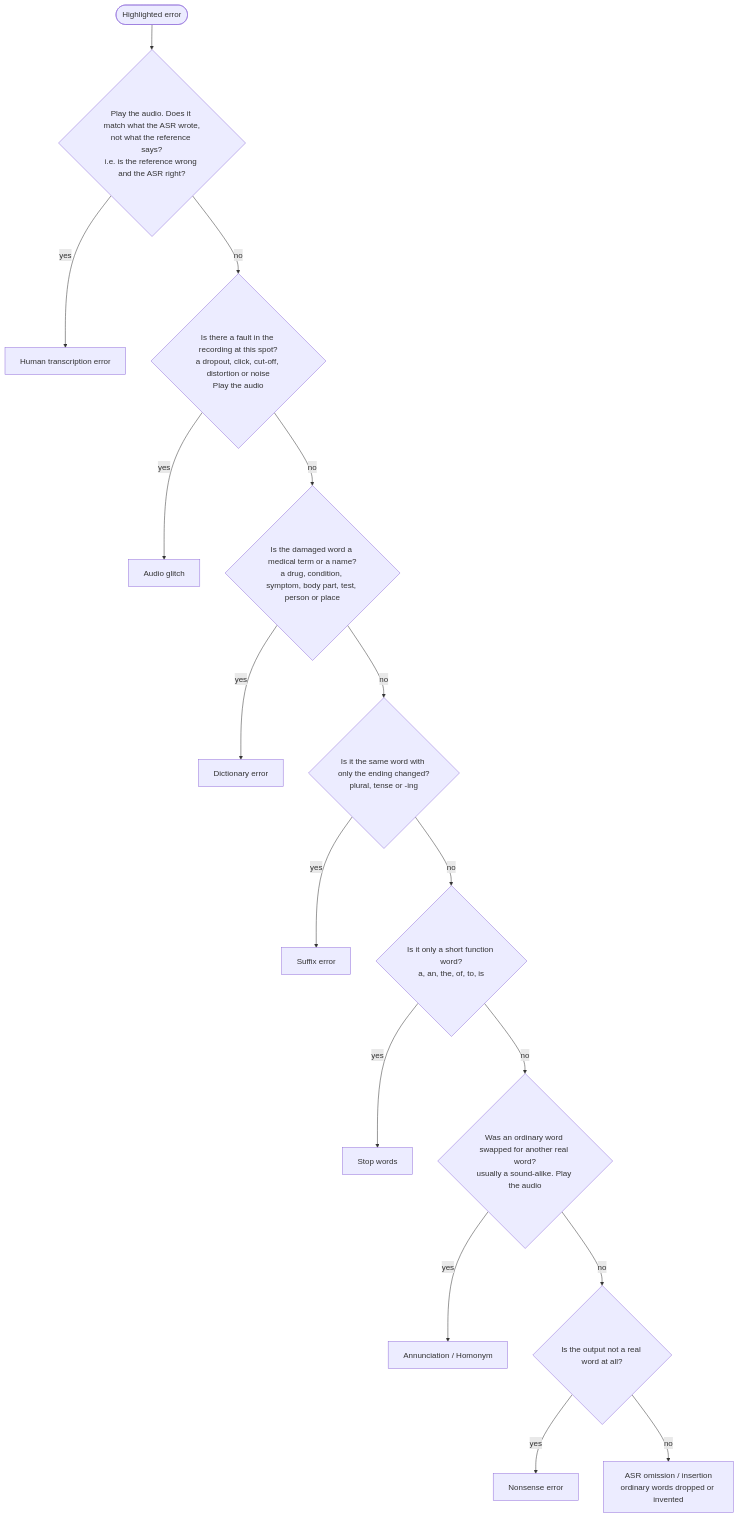
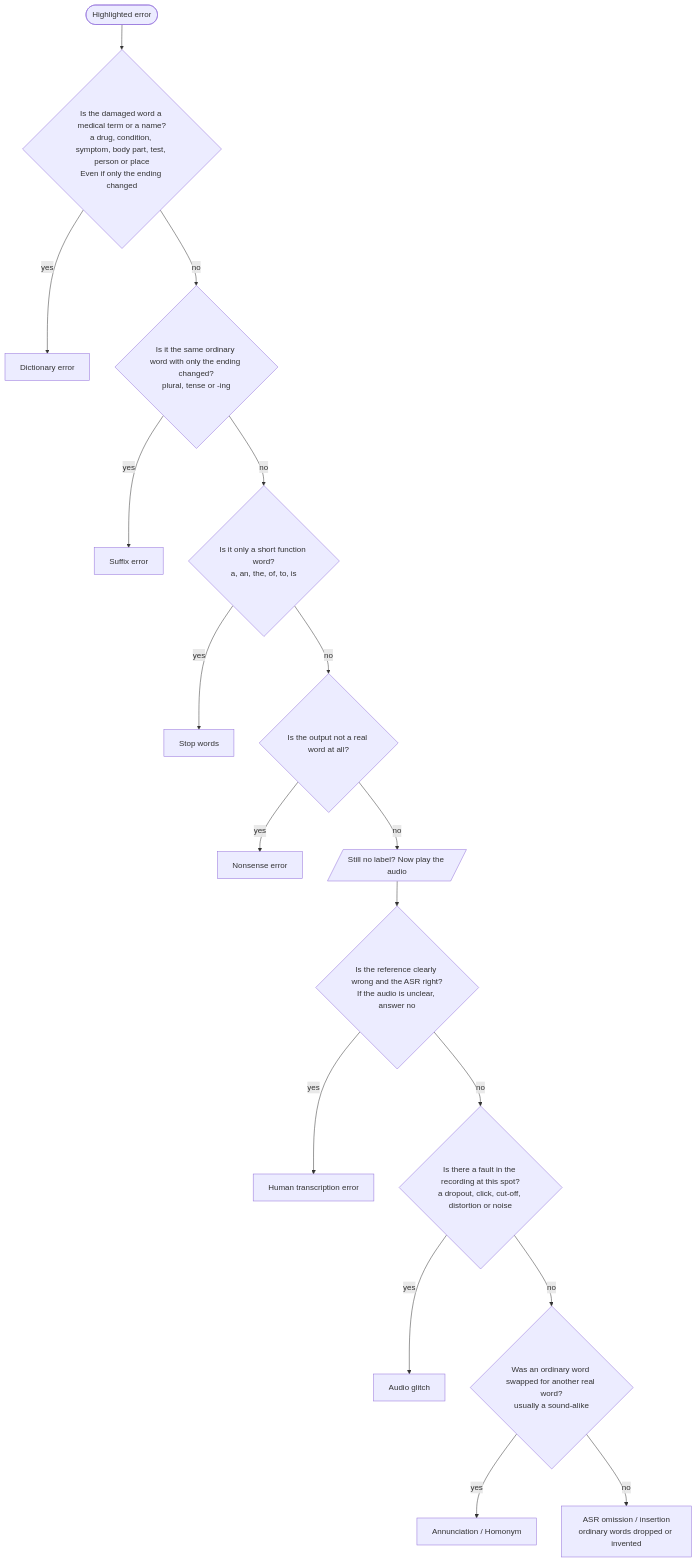
The diagram in annotation_tool/DRAFT_annotation_guide_v3.md (intron-innovation/medical-asr-safety-taxonomy), drawn with Mermaid before and after one commit. The commit also changed other lines of this file and 7 other files, not shown here.

Commit message:
Text-first label order; medical term beats audio labels; round 4 IAA

````diff
--- a/annotation_tool/DRAFT_annotation_guide_v3.md
+++ b/annotation_tool/DRAFT_annotation_guide_v3.md
@@ -17,18 +17,19 @@
 ```mermaid
 flowchart TD
-    S([Highlighted error]) --> Q1{Play the audio. Does it match what the ASR wrote,<br/>not what the reference says?<br/>i.e. is the reference wrong and the ASR right?}
-    Q1 -- yes --> H[Human transcription error]
-    Q1 -- no --> QA{Is there a fault in the recording at this spot?<br/>a dropout, click, cut-off, distortion or noise<br/>Play the audio}
-    QA -- yes --> AG[Audio glitch]
-    QA -- no --> Q2{Is the damaged word a medical term or a name?<br/>a drug, condition, symptom, body part, test, person or place}
-    Q2 -- yes --> D[Dictionary error]
-    Q2 -- no --> Q3{Is it the same word with only the ending changed?<br/>plural, tense or -ing}
-    Q3 -- yes --> SU[Suffix error]
-    Q3 -- no --> Q4{Is it only a short function word?<br/>a, an, the, of, to, is}
-    Q4 -- yes --> SW[Stop words]
-    Q4 -- no --> Q5{Was an ordinary word swapped for another real word?<br/>usually a sound-alike. Play the audio}
-    Q5 -- yes --> A[Annunciation / Homonym]
-    Q5 -- no --> Q6{Is the output not a real word at all?}
-    Q6 -- yes --> N[Nonsense error]
-    Q6 -- no --> O[ASR omission / insertion<br/>ordinary words dropped or invented]
+    S([Highlighted error]) --> Q1{Is the damaged word a medical term or a name?<br/>a drug, condition, symptom, body part, test, person or place<br/>Even if only the ending changed}
+    Q1 -- yes --> D[Dictionary error]
+    Q1 -- no --> Q2{Is it the same ordinary word with only the ending changed?<br/>plural, tense or -ing}
+    Q2 -- yes --> SU[Suffix error]
+    Q2 -- no --> Q3{Is it only a short function word?<br/>a, an, the, of, to, is}
+    Q3 -- yes --> SW[Stop words]
+    Q3 -- no --> Q4{Is the output not a real word at all?}
+    Q4 -- yes --> N[Nonsense error]
+    Q4 -- no --> AU[/Still no label? Now play the audio/]
+    AU --> Q5{Is the reference clearly wrong and the ASR right?<br/>If the audio is unclear, answer no}
+    Q5 -- yes --> H[Human transcription error]
+    Q5 -- no --> Q6{Is there a fault in the recording at this spot?<br/>a dropout, click, cut-off, distortion or noise}
+    Q6 -- yes --> AG[Audio glitch]
+    Q6 -- no --> Q7{Was an ordinary word swapped for another real word?<br/>usually a sound-alike}
+    Q7 -- yes --> A[Annunciation / Homonym]
+    Q7 -- no --> O[ASR omission / insertion<br/>ordinary words dropped or invented]
 ```
````
